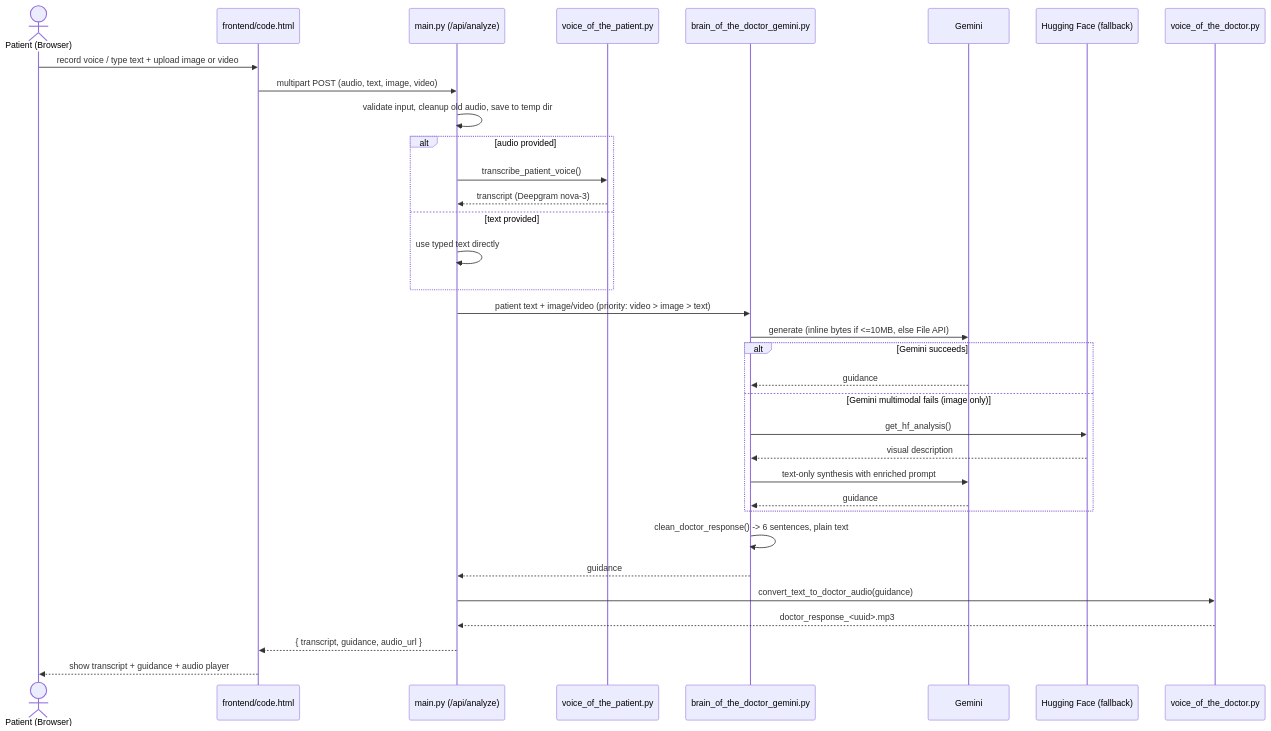
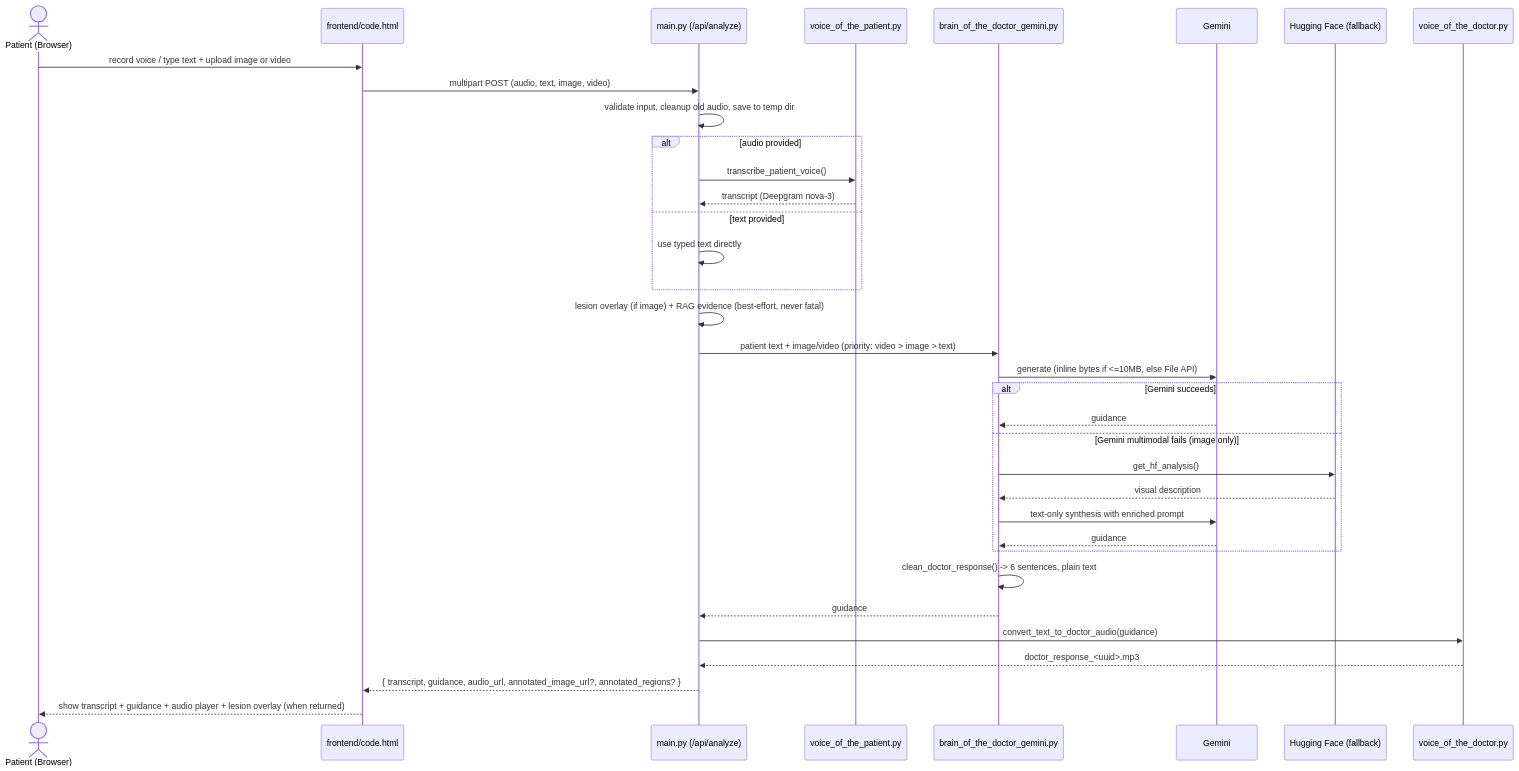
Before and after one commit to abdullahkamran426-lab/DermOmni: the second of 5 diagrams in README.md, drawn with Mermaid. The commit also changed other lines of this file and 12 other files, not shown here.

````diff
--- a/README.md
+++ b/README.md
@@ -186,37 +186,38 @@
 ```mermaid
 sequenceDiagram
     actor U as Patient (Browser)
     participant FE as frontend/code.html
     participant API as main.py (/api/analyze)
     participant STT as voice_of_the_patient.py
     participant BRAIN as brain_of_the_doctor_gemini.py
     participant GEM as Gemini
     participant HF as Hugging Face (fallback)
     participant TTS as voice_of_the_doctor.py
 
     U->>FE: record voice / type text + upload image or video
     FE->>API: multipart POST (audio, text, image, video)
     API->>API: validate input, cleanup old audio, save to temp dir
     alt audio provided
         API->>STT: transcribe_patient_voice()
         STT-->>API: transcript (Deepgram nova-3)
     else text provided
         API->>API: use typed text directly
     end
+    API->>API: lesion overlay (if image) + RAG evidence (best-effort, never fatal)
     API->>BRAIN: patient text + image/video (priority: video > image > text)
     BRAIN->>GEM: generate (inline bytes if <=10MB, else File API)
     alt Gemini succeeds
         GEM-->>BRAIN: guidance
     else Gemini multimodal fails (image only)
         BRAIN->>HF: get_hf_analysis()
         HF-->>BRAIN: visual description
         BRAIN->>GEM: text-only synthesis with enriched prompt
         GEM-->>BRAIN: guidance
     end
     BRAIN->>BRAIN: clean_doctor_response() -> 6 sentences, plain text
     BRAIN-->>API: guidance
     API->>TTS: convert_text_to_doctor_audio(guidance)
     TTS-->>API: doctor_response_<uuid>.mp3
-    API-->>FE: { transcript, guidance, audio_url }
-    FE-->>U: show transcript + guidance + audio player
+    API-->>FE: { transcript, guidance, audio_url, annotated_image_url?, annotated_regions? }
+    FE-->>U: show transcript + guidance + audio player + lesion overlay (when returned)
 ```
````
